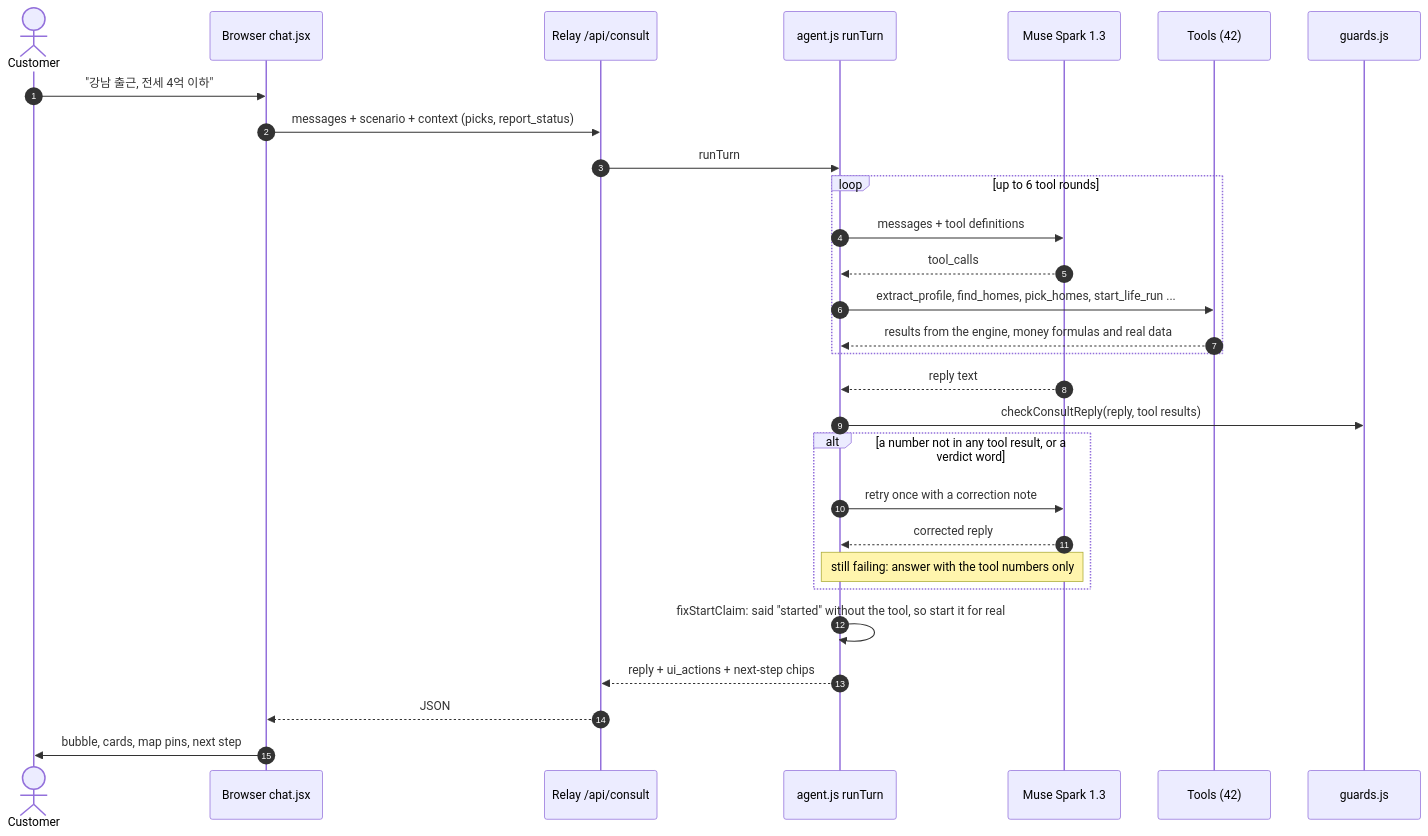
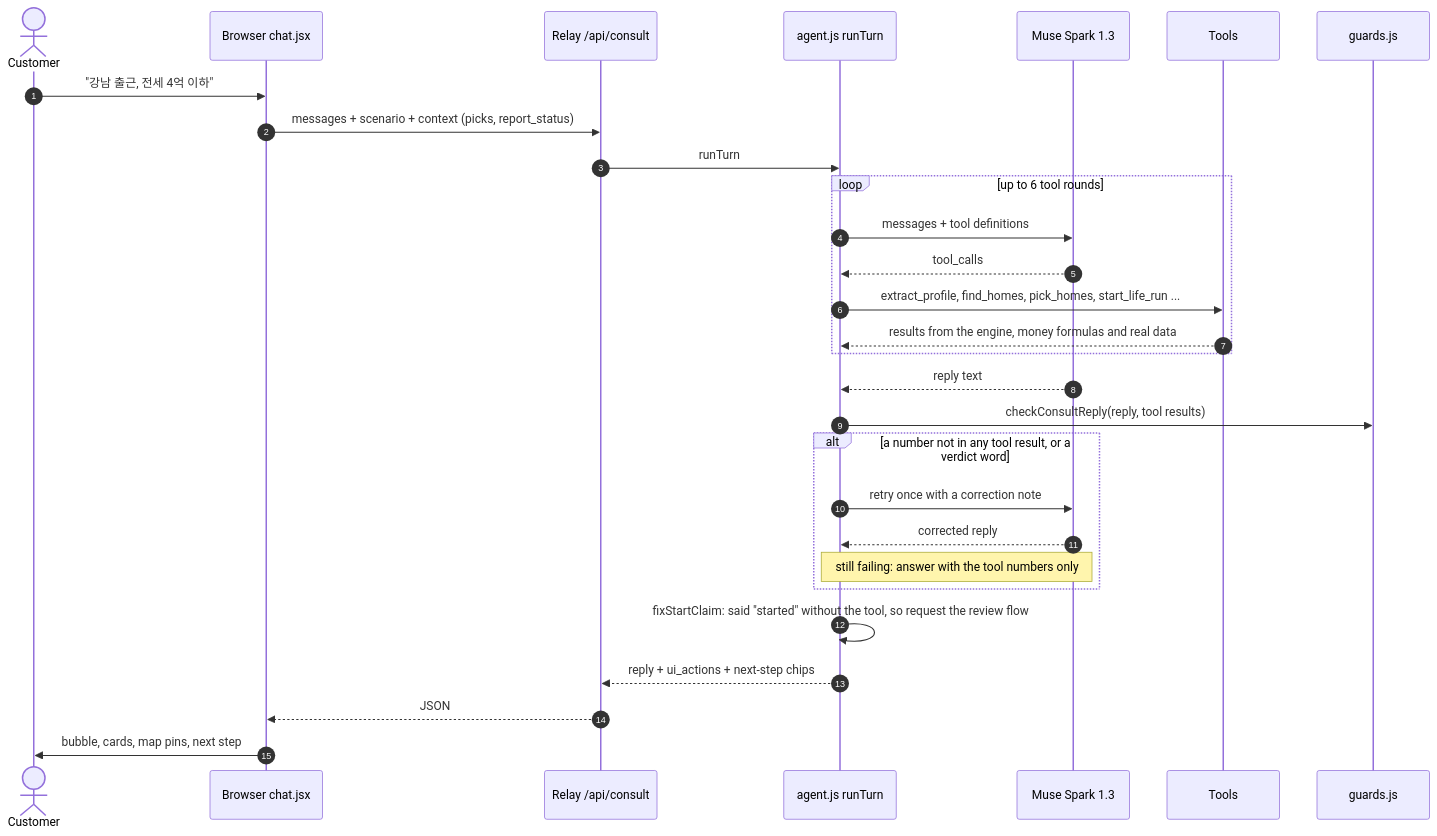
Before and after one commit to halo-sw/ithaca: the second of 3 diagrams in docs/architecture.md, drawn with Mermaid. The commit also changed other lines of this file and 8 other files, not shown here.

````diff
--- a/docs/architecture.md
+++ b/docs/architecture.md
@@ -84,31 +96,31 @@
 ```mermaid
 sequenceDiagram
   autonumber
   actor U as Customer
   participant B as Browser chat.jsx
   participant S as Relay /api/consult
   participant A as agent.js runTurn
   participant M as Muse Spark 1.3
-  participant T as Tools (42)
+  participant T as Tools
   participant G as guards.js
   U->>B: "강남 출근, 전세 4억 이하"
   B->>S: messages + scenario + context (picks, report_status)
   S->>A: runTurn
   loop up to 6 tool rounds
     A->>M: messages + tool definitions
     M-->>A: tool_calls
     A->>T: extract_profile, find_homes, pick_homes, start_life_run ...
     T-->>A: results from the engine, money formulas and real data
   end
   M-->>A: reply text
   A->>G: checkConsultReply(reply, tool results)
   alt a number not in any tool result, or a verdict word
     A->>M: retry once with a correction note
     M-->>A: corrected reply
     Note over A,M: still failing: answer with the tool numbers only
   end
-  A->>A: fixStartClaim: said "started" without the tool, so start it for real
+  A->>A: fixStartClaim: said "started" without the tool, so request the review flow
   A-->>S: reply + ui_actions + next-step chips
   S-->>B: JSON
   B->>U: bubble, cards, map pins, next step
 ```
````
